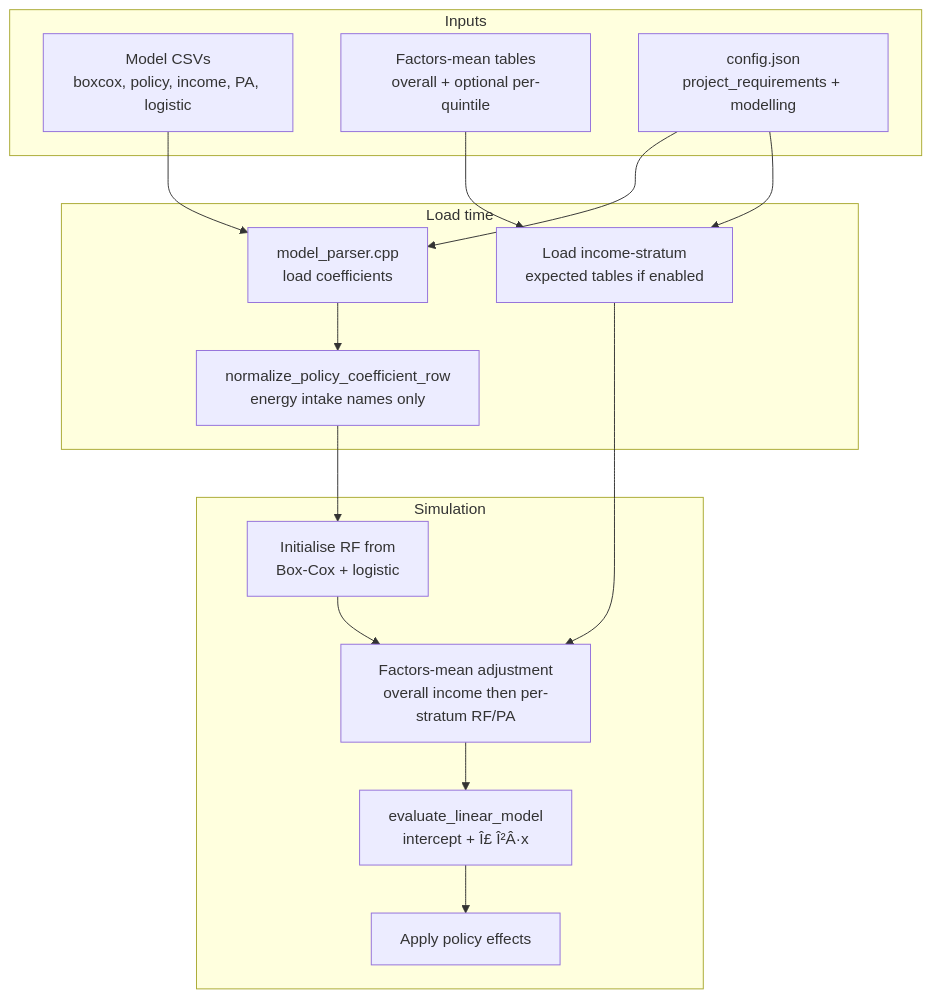
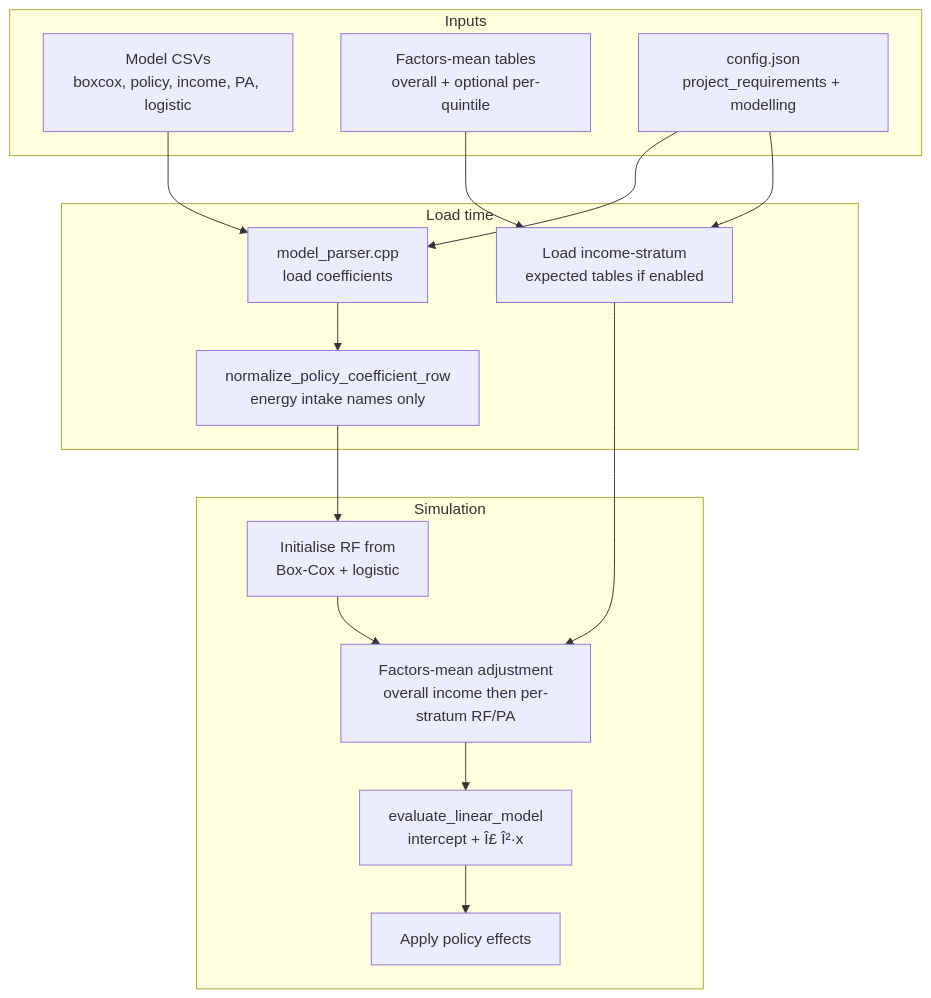
The first of 4 diagrams in documentation/technical/guides/finch-linear-models-and-income-adjustment.md (imperialCHEPI/healthgps), drawn with Mermaid before and after one commit. The commit also changed other lines of this file and 19 other files, not shown here.

````diff
--- a/documentation/technical/guides/finch-linear-models-and-income-adjustment.md
+++ b/documentation/technical/guides/finch-linear-models-and-income-adjustment.md
@@ -55,32 +55,32 @@
 ```mermaid
 flowchart TB
     subgraph inputs [Inputs]
         CSV[Model CSVs<br/>boxcox, policy, income, PA, logistic]
         FM[Factors-mean tables<br/>overall + optional per-quintile]
         CFG[config.json<br/>project_requirements + modelling]
     end
 
     subgraph load [Load time]
         PARSER[model_parser.cpp<br/>load coefficients]
         NORM[normalize_policy_coefficient_row<br/>energy intake names only]
         STRATUM[Load income-stratum<br/>expected tables if enabled]
     end
 
     subgraph sim [Simulation]
         INIT[Initialise RF from<br/>Box-Cox + logistic]
         ADJ[Factors-mean adjustment<br/>overall income then per-stratum RF/PA]
-        EVAL[evaluate_linear_model<br/>intercept + Î£ Î²Â·x]
+        EVAL[evaluate_linear_model<br/>intercept + Î£ Î²·x]
         POL[Apply policy effects]
     end
 
     CSV --> PARSER
     CFG --> PARSER
     CFG --> STRATUM
     FM --> STRATUM
     PARSER --> NORM
     NORM --> INIT
     STRATUM --> ADJ
     INIT --> ADJ
     ADJ --> EVAL
     EVAL --> POL
 ```
````
